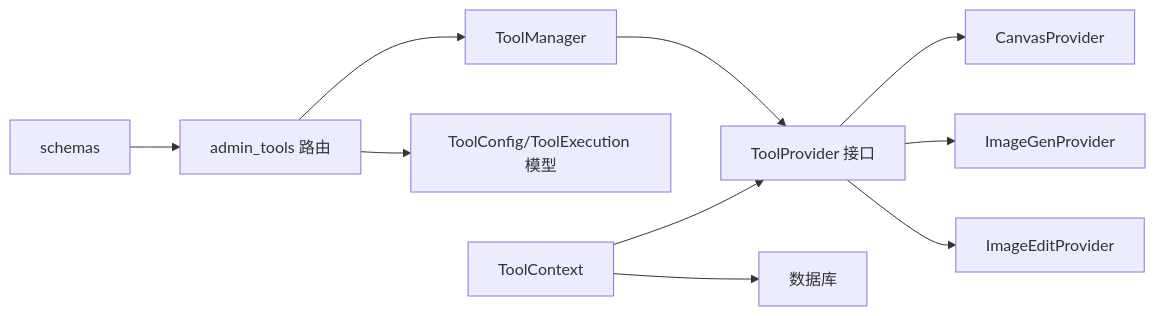
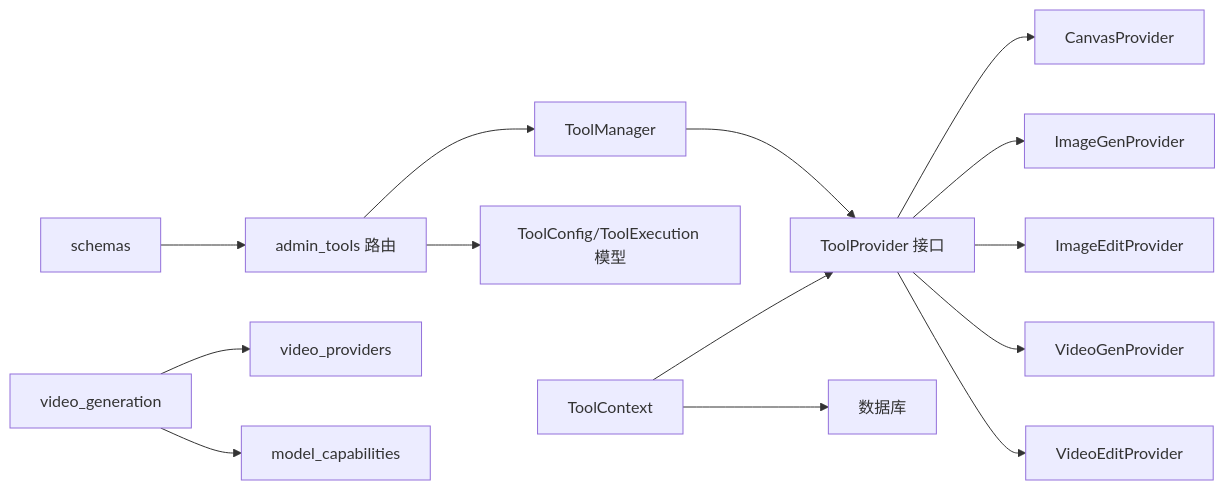
One commit to KunLabAI/KunFlix changed the fifth of 5 diagrams in .qoder/repowiki/zh/content/后端服务架构/业务服务层/工具管理系统/全局工具配置系统.md. Above: the diagram before and after it, drawn with Mermaid. The commit also changed other lines of this file and 29 other files, not shown here.

````diff
--- a/.qoder/repowiki/zh/content/后端服务架构/业务服务层/工具管理系统/全局工具配置系统.md
+++ b/.qoder/repowiki/zh/content/后端服务架构/业务服务层/工具管理系统/全局工具配置系统.md
@@ -306,12 +410,16 @@
 ```mermaid
 graph LR
 TM["ToolManager"] --> TP["ToolProvider 接口"]
 TP --> CP["CanvasProvider"]
 TP --> IG["ImageGenProvider"]
 TP --> IE["ImageEditProvider"]
+TP --> VG["VideoGenProvider"]
+TP --> VED["VideoEditProvider"]
 RT["admin_tools 路由"] --> TM
 RT --> MD["ToolConfig/ToolExecution 模型"]
 SC["schemas"] --> RT
 CTX["ToolContext"] --> DB["数据库"]
 CTX --> TP
+VS["video_generation"] --> VP["video_providers"]
+VS --> MC["model_capabilities"]
 ```
````
